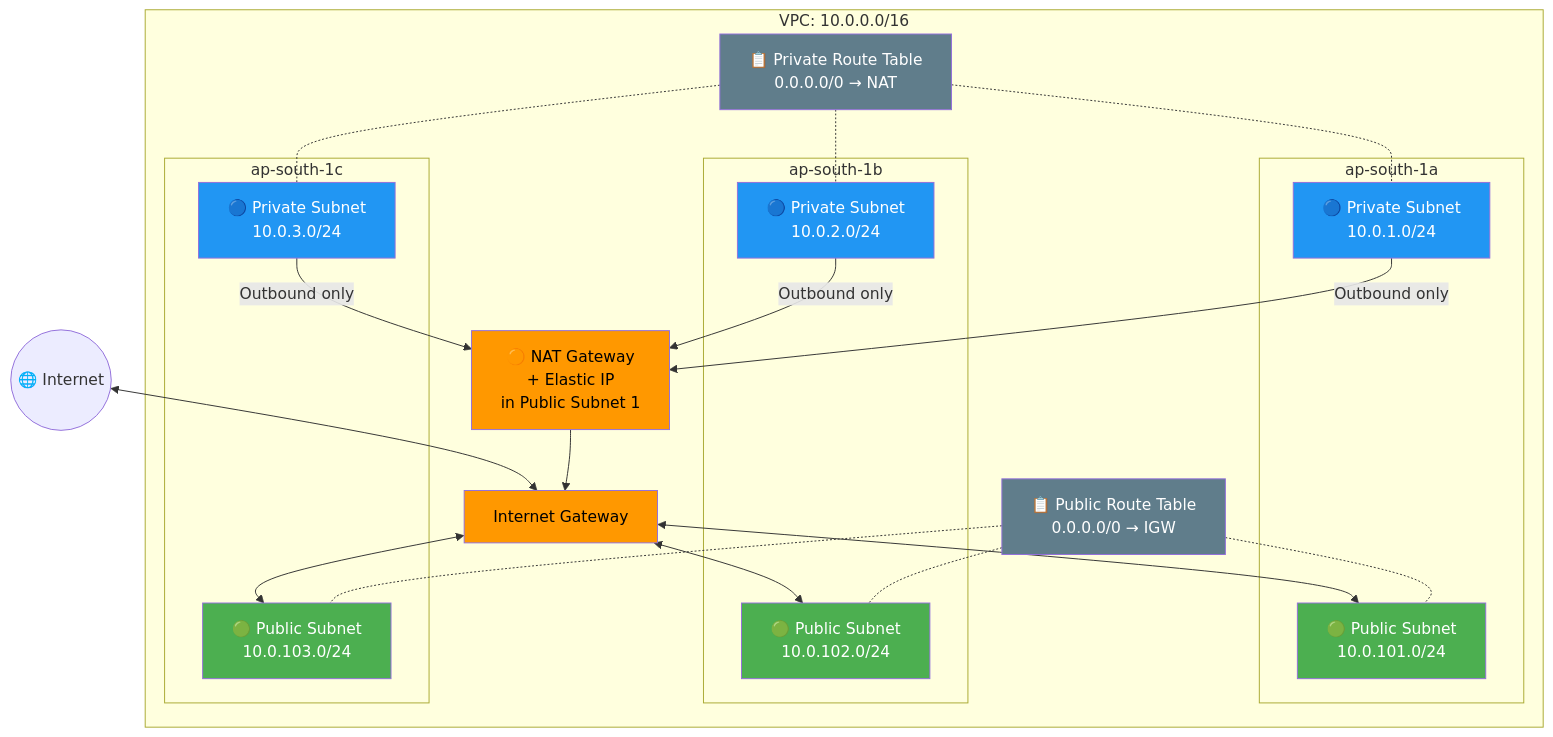
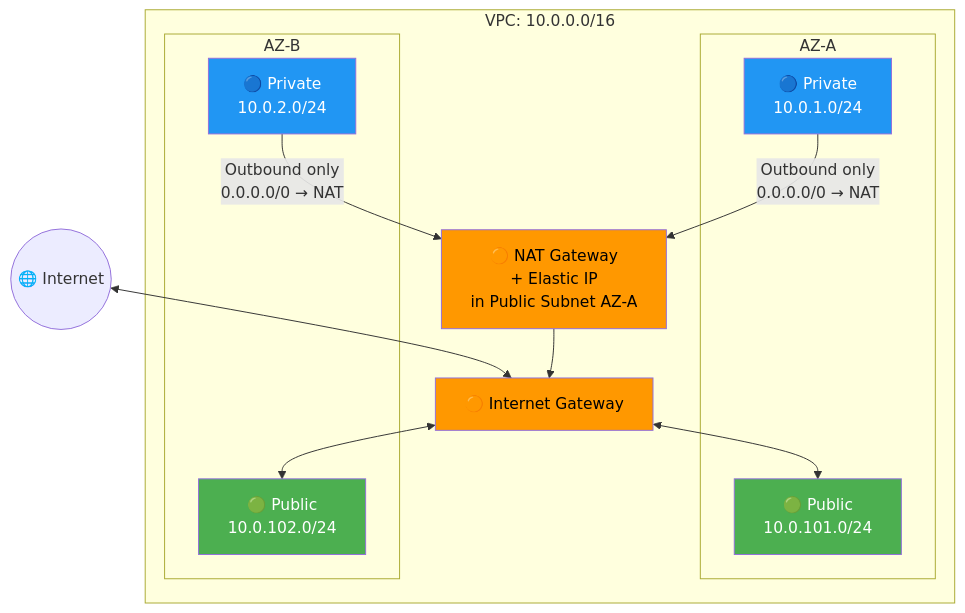
One commit to selvakumarperumal/EKS_k8s_custom_template_with_Terraform changed the fifth of 20 diagrams in docs/architecture-build-steps.md. Above: the diagram before and after it, drawn with Mermaid. The commit also changed other lines of this file, not shown here.

Commit message:
docs: rewrite build steps with 30 elaborated steps including HCL code and architecture diagrams

````diff
--- a/docs/architecture-build-steps.md
+++ b/docs/architecture-build-steps.md
@@ -57,55 +187,32 @@
 ```mermaid
 graph TB
-    Internet(("🌐 Internet"))
+    Internet(("🌐 Internet")) <--> IGW
 
     subgraph VPC["VPC: 10.0.0.0/16"]
-        IGW["Internet Gateway"]
-        NAT["🟠 NAT Gateway\n+ Elastic IP\nin Public Subnet 1"]
+        IGW["🟠 Internet Gateway"]
 
-        subgraph AZ1["ap-south-1a"]
-            PUB1["🟢 Public Subnet\n10.0.101.0/24"]
-            PRIV1["🔵 Private Subnet\n10.0.1.0/24"]
+        subgraph AZ1["AZ-A"]
+            PUB1["🟢 Public\n10.0.101.0/24"]
+            PRIV1["🔵 Private\n10.0.1.0/24"]
+        end
+        subgraph AZ2["AZ-B"]
+            PUB2["🟢 Public\n10.0.102.0/24"]
+            PRIV2["🔵 Private\n10.0.2.0/24"]
         end
 
-        subgraph AZ2["ap-south-1b"]
-            PUB2["🟢 Public Subnet\n10.0.102.0/24"]
-            PRIV2["🔵 Private Subnet\n10.0.2.0/24"]
-        end
-
-        subgraph AZ3["ap-south-1c"]
-            PUB3["🟢 Public Subnet\n10.0.103.0/24"]
-            PRIV3["🔵 Private Subnet\n10.0.3.0/24"]
-        end
-
-        PUB_RT["📋 Public Route Table\n0.0.0.0/0 → IGW"]
-        PRIV_RT["📋 Private Route Table\n0.0.0.0/0 → NAT"]
+        NAT["🟠 NAT Gateway\n+ Elastic IP\nin Public Subnet AZ-A"]
     end
 
-    Internet <--> IGW
     IGW <--> PUB1
     IGW <--> PUB2
-    IGW <--> PUB3
     NAT --> IGW
-
-    PRIV1 -->|"Outbound only"| NAT
-    PRIV2 -->|"Outbound only"| NAT
-    PRIV3 -->|"Outbound only"| NAT
-
-    PUB_RT -.- PUB1
-    PUB_RT -.- PUB2
-    PUB_RT -.- PUB3
-    PRIV_RT -.- PRIV1
-    PRIV_RT -.- PRIV2
-    PRIV_RT -.- PRIV3
+    PRIV1 -->|"Outbound only\n0.0.0.0/0 → NAT"| NAT
+    PRIV2 -->|"Outbound only\n0.0.0.0/0 → NAT"| NAT
 
     style PUB1 fill:#4CAF50,color:#fff
     style PUB2 fill:#4CAF50,color:#fff
-    style PUB3 fill:#4CAF50,color:#fff
     style PRIV1 fill:#2196F3,color:#fff
     style PRIV2 fill:#2196F3,color:#fff
-    style PRIV3 fill:#2196F3,color:#fff
     style IGW fill:#FF9800,color:#000
     style NAT fill:#FF9800,color:#000
-    style PUB_RT fill:#607D8B,color:#fff
-    style PRIV_RT fill:#607D8B,color:#fff
 ```
````
